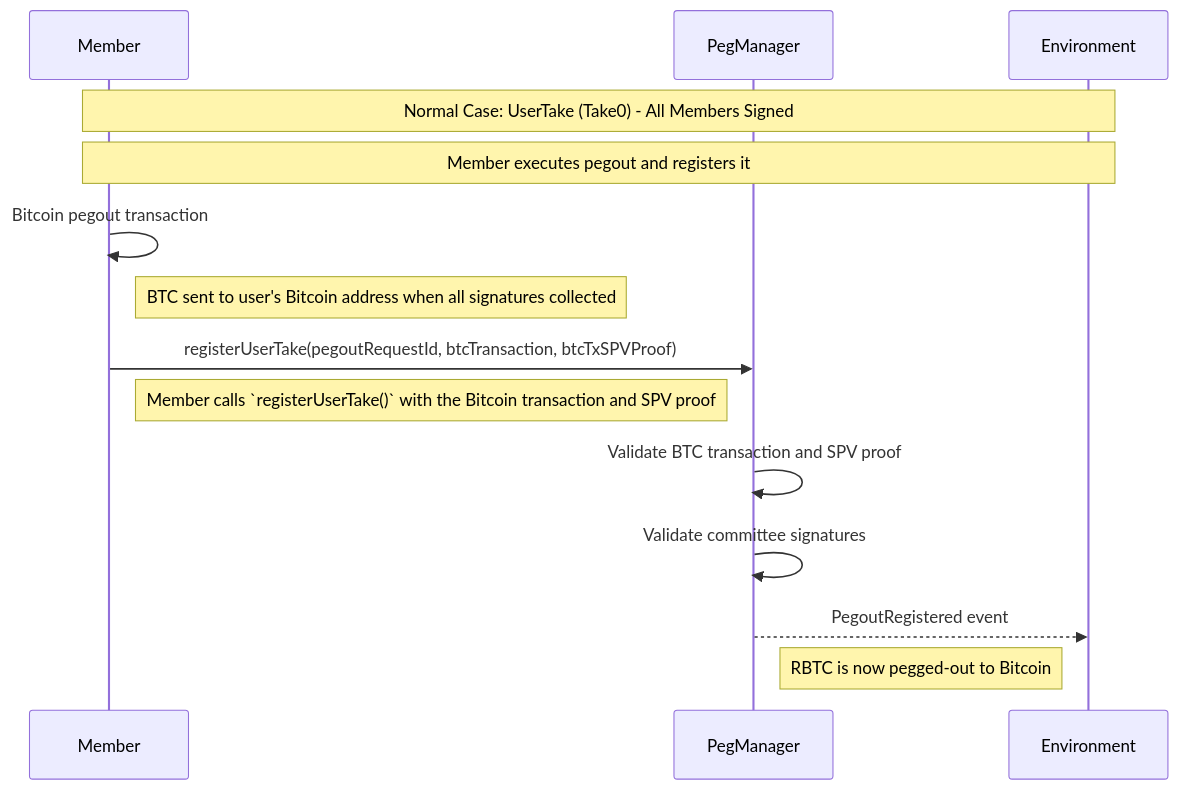
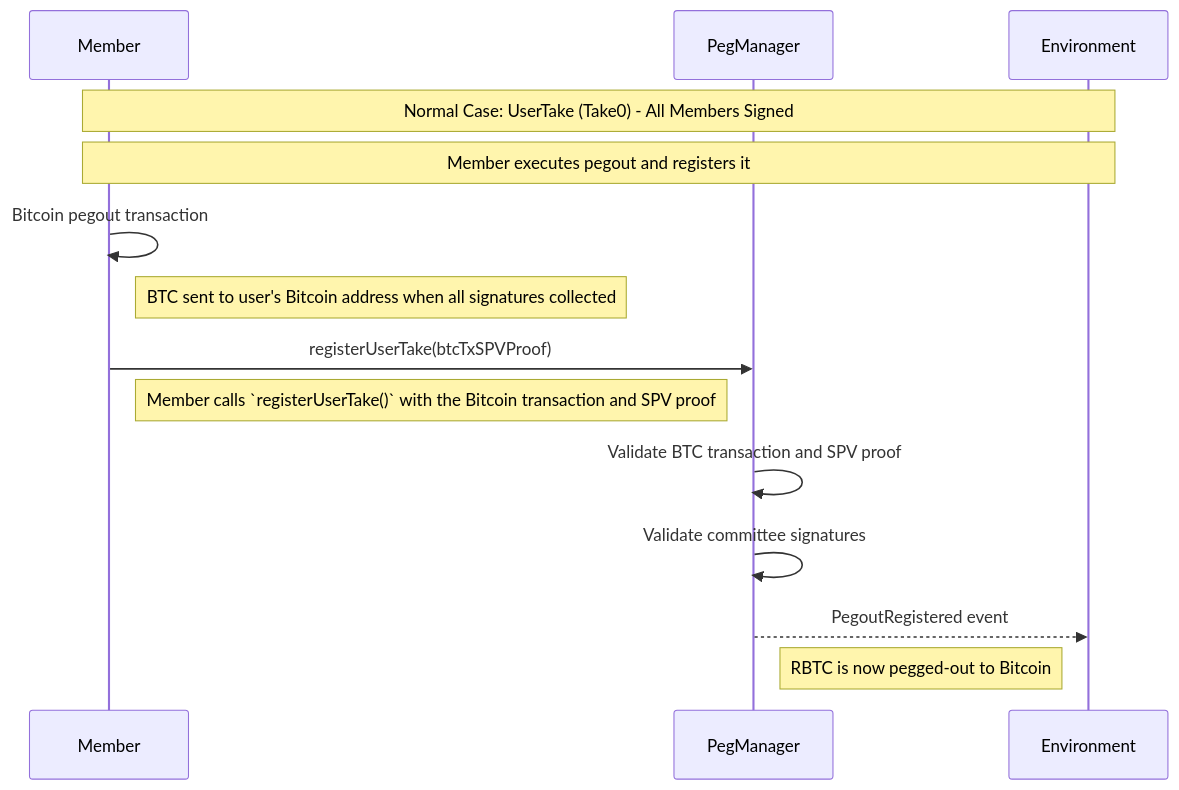
The tenth of 11 diagrams in README.md (rsksmart/union-bridge-contracts), drawn with Mermaid before and after one commit. The commit also changed other lines of this file, not shown here.

Commit message:
Update diagrams after CommitteRegistry split

````diff
--- a/README.md
+++ b/README.md
@@ -331,19 +344,19 @@
 ```mermaid
 sequenceDiagram
     participant M as Member
     participant PM as PegManager
     participant ENV as Environment
 
     Note over M,ENV: Normal Case: UserTake (Take0) - All Members Signed
     Note over M,ENV: Member executes pegout and registers it
 
     M->>M: Bitcoin pegout transaction
     Note right of M: BTC sent to user's Bitcoin address when all signatures collected
 
-    M->>PM: registerUserTake(pegoutRequestId, btcTransaction, btcTxSPVProof)
+    M->>PM: registerUserTake(btcTxSPVProof)
     Note right of M: Member calls `registerUserTake()` with the Bitcoin transaction and SPV proof
     PM->>PM: Validate BTC transaction and SPV proof
     PM->>PM: Validate committee signatures
     PM-->>ENV: PegoutRegistered event
     Note right of PM: RBTC is now pegged-out to Bitcoin
 ```
````
